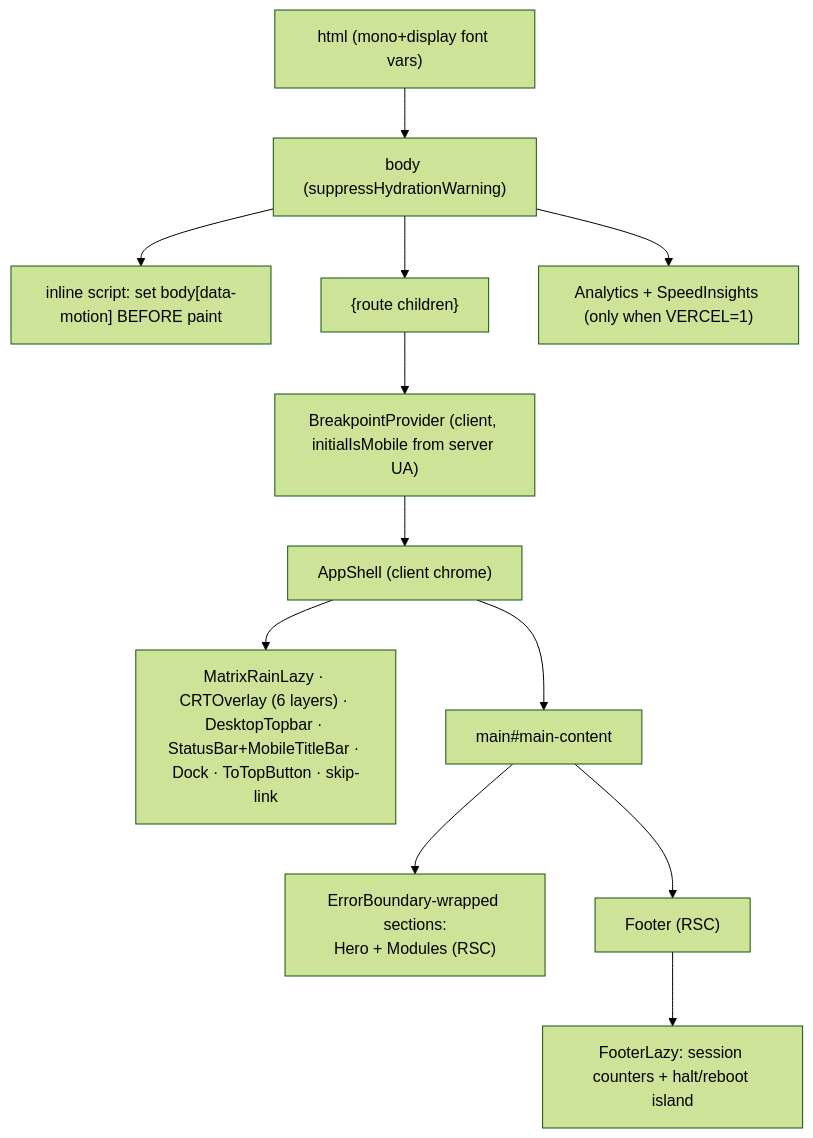
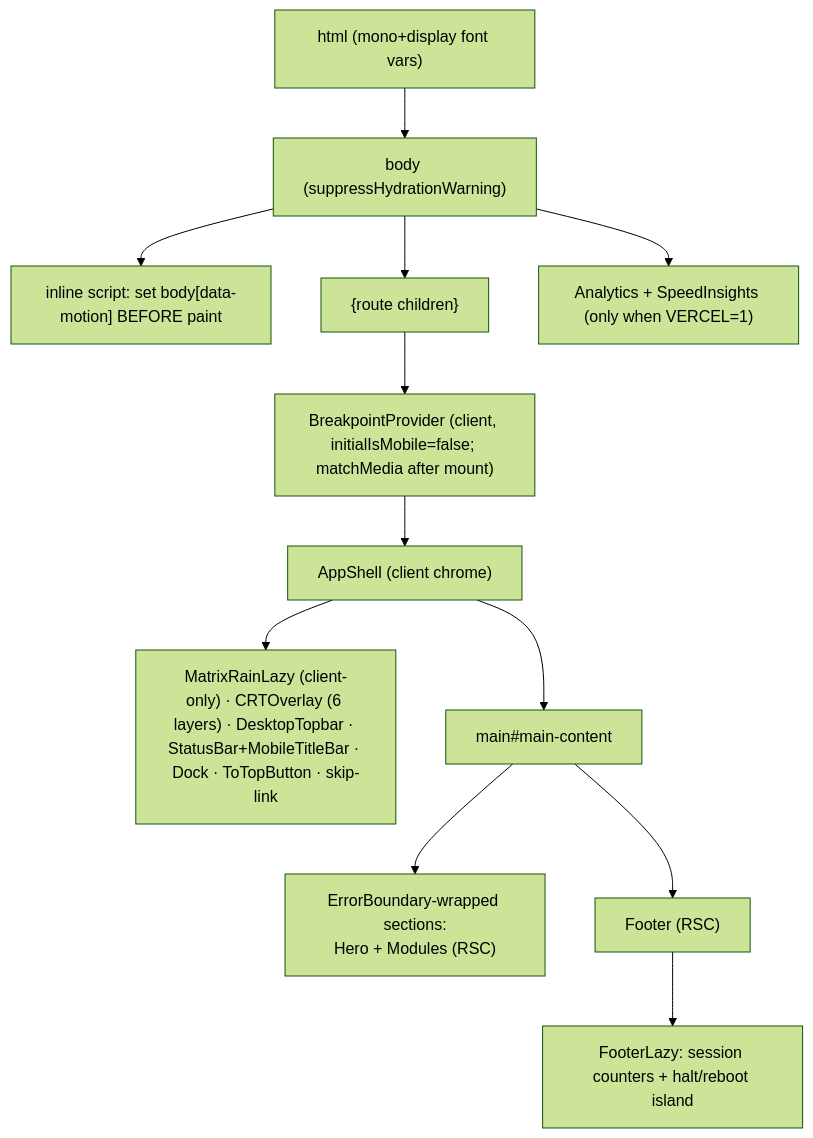
The second of 6 diagrams in docs/03-rendering-and-data-flow.md (erikunha/portfolio), drawn with Mermaid (forest theme) before and after one commit. The commit also changed other lines of this file and 17 other files, not shown here.

````diff
--- a/docs/03-rendering-and-data-flow.md
+++ b/docs/03-rendering-and-data-flow.md
@@ -41,14 +41,14 @@
 ```mermaid
 flowchart TD
     html["html (mono+display font vars)"] --> body["body (suppressHydrationWarning)"]
     body --> boot["inline script: set body[data-motion] BEFORE paint"]
     body --> children["{route children}"]
     body --> rum["Analytics + SpeedInsights (only when VERCEL=1)"]
-    children --> bp["BreakpointProvider (client, initialIsMobile from server UA)"]
+    children --> bp["BreakpointProvider (client, initialIsMobile=false; matchMedia after mount)"]
     bp --> appshell["AppShell (client chrome)"]
-    appshell --> chrome["MatrixRainLazy · CRTOverlay (6 layers) · DesktopTopbar · StatusBar+MobileTitleBar · Dock · ToTopButton · skip-link"]
+    appshell --> chrome["MatrixRainLazy (client-only) · CRTOverlay (6 layers) · DesktopTopbar · StatusBar+MobileTitleBar · Dock · ToTopButton · skip-link"]
     appshell --> main["main#main-content"]
     main --> secs["ErrorBoundary-wrapped sections:<br/>Hero + Modules (RSC)"]
     main --> footer["Footer (RSC)"]
     footer --> footerIslands["FooterLazy: session counters + halt/reboot island"]
 ```
````
